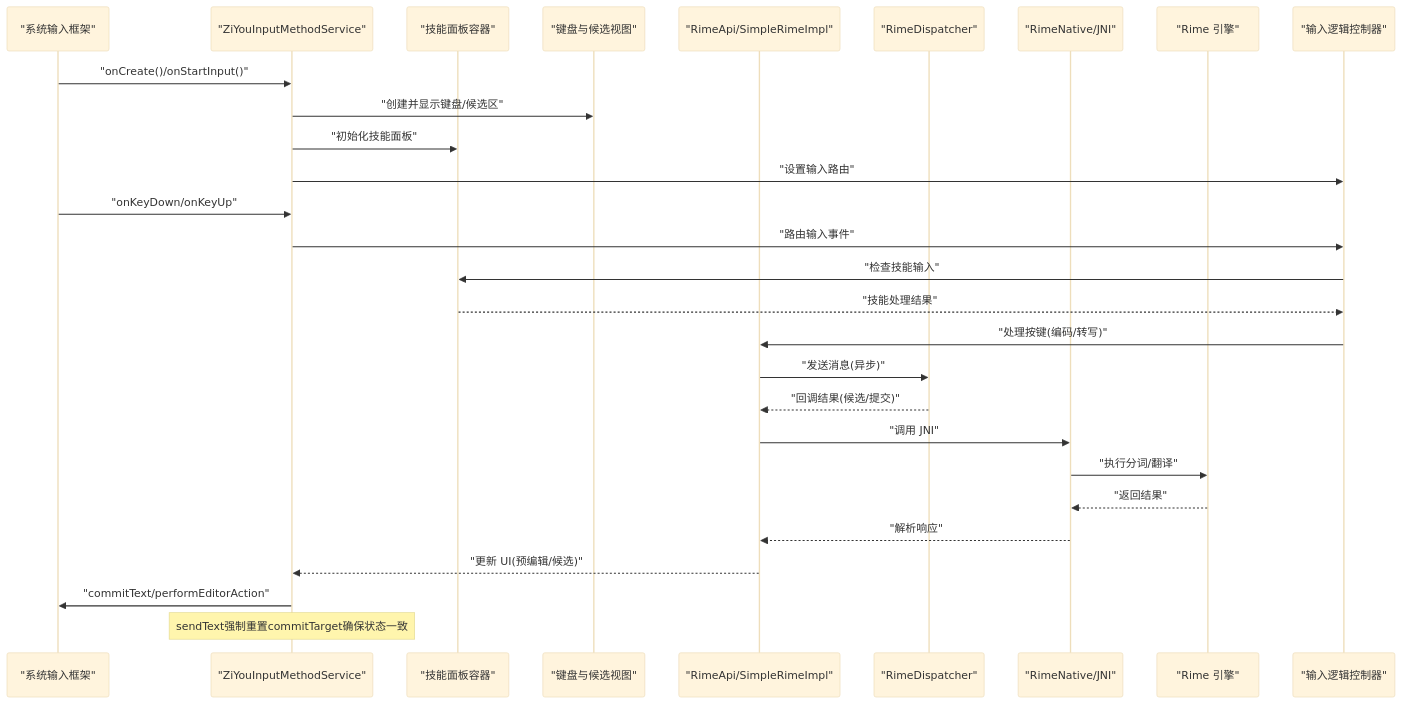
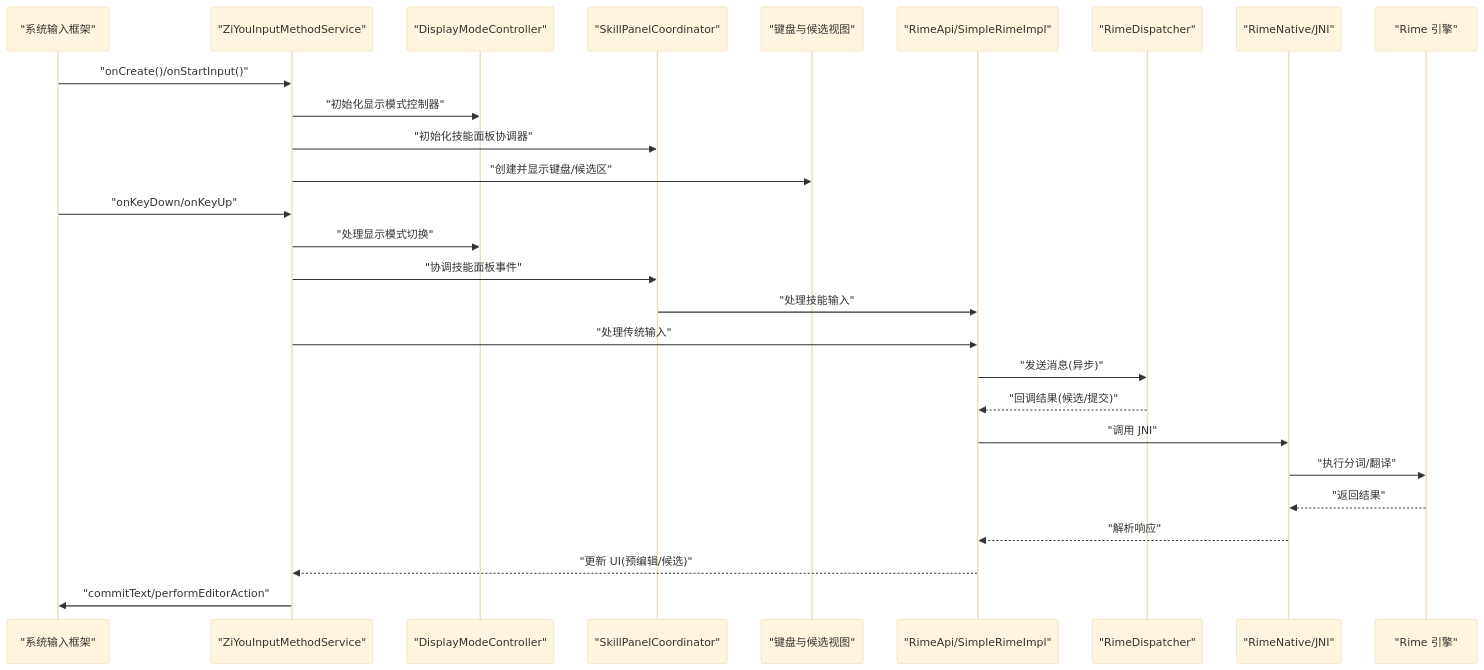
One commit to qiaodashaoye/ziyou-ime changed the second of 6 diagrams in .qoder/repowiki/zh/content/输入法服务.md. Above: the diagram before and after it, drawn with Mermaid (base theme). The commit also changed other lines of this file and 7 other files, not shown here.

````diff
--- a/.qoder/repowiki/zh/content/输入法服务.md
+++ b/.qoder/repowiki/zh/content/输入法服务.md
@@ -163,30 +175,29 @@
 ```mermaid
 sequenceDiagram
 participant System as "系统输入框架"
 participant Service as "ZiYouInputMethodService"
-participant SkillPanel as "技能面板容器"
+participant ModeController as "DisplayModeController"
+participant SkillCoordinator as "SkillPanelCoordinator"
 participant Views as "键盘与候选视图"
 participant Core as "RimeApi/SimpleRimeImpl"
 participant Dispatcher as "RimeDispatcher"
 participant Native as "RimeNative/JNI"
 participant Engine as "Rime 引擎"
-participant InputController as "输入逻辑控制器"
 System->>Service : "onCreate()/onStartInput()"
+Service->>ModeController : "初始化显示模式控制器"
+Service->>SkillCoordinator : "初始化技能面板协调器"
 Service->>Views : "创建并显示键盘/候选区"
-Service->>SkillPanel : "初始化技能面板"
-Service->>InputController : "设置输入路由"
 System->>Service : "onKeyDown/onKeyUp"
-Service->>InputController : "路由输入事件"
-InputController->>SkillPanel : "检查技能输入"
-SkillPanel-->>InputController : "技能处理结果"
-InputController->>Core : "处理按键(编码/转写)"
+Service->>ModeController : "处理显示模式切换"
+Service->>SkillCoordinator : "协调技能面板事件"
+SkillCoordinator->>Core : "处理技能输入"
+Service->>Core : "处理传统输入"
 Core->>Dispatcher : "发送消息(异步)"
 Dispatcher-->>Core : "回调结果(候选/提交)"
 Core->>Native : "调用 JNI"
 Native->>Engine : "执行分词/翻译"
 Engine-->>Native : "返回结果"
 Native-->>Core : "解析响应"
 Core-->>Service : "更新 UI(预编辑/候选)"
 Service->>System : "commitText/performEditorAction"
-Note over Service : sendText强制重置commitTarget确保状态一致
 ```
````
